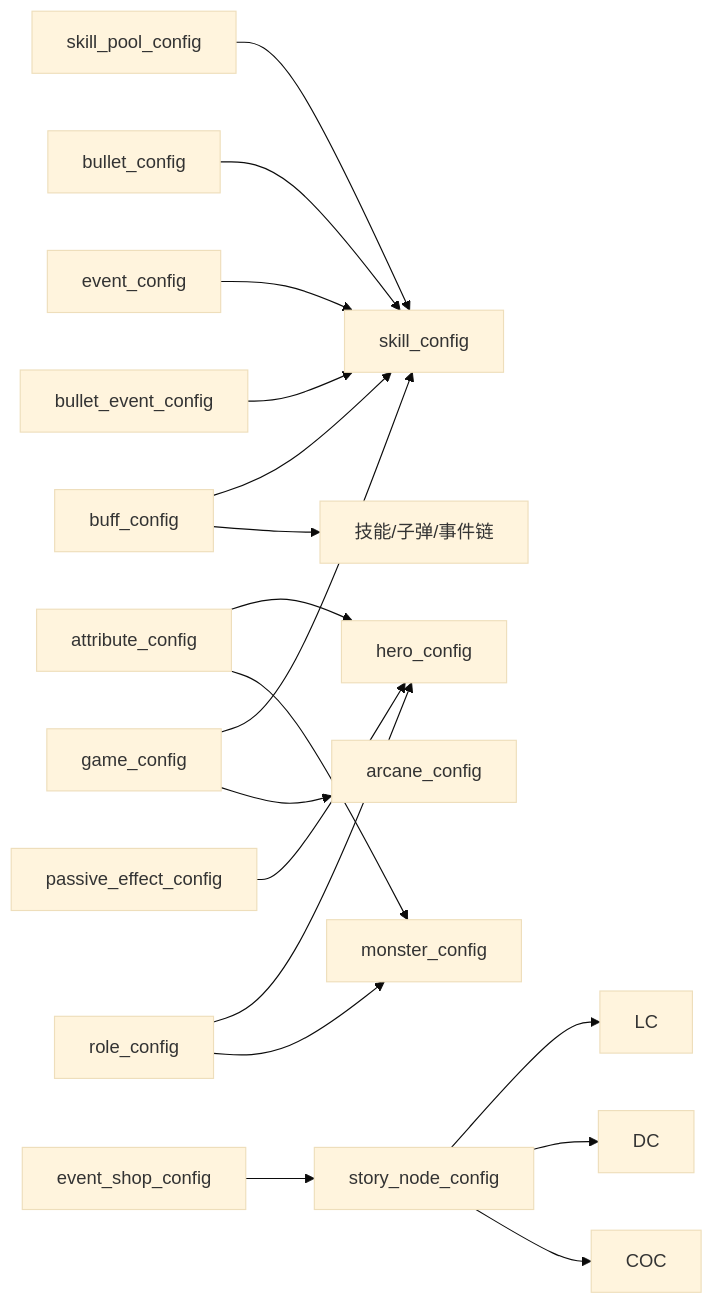
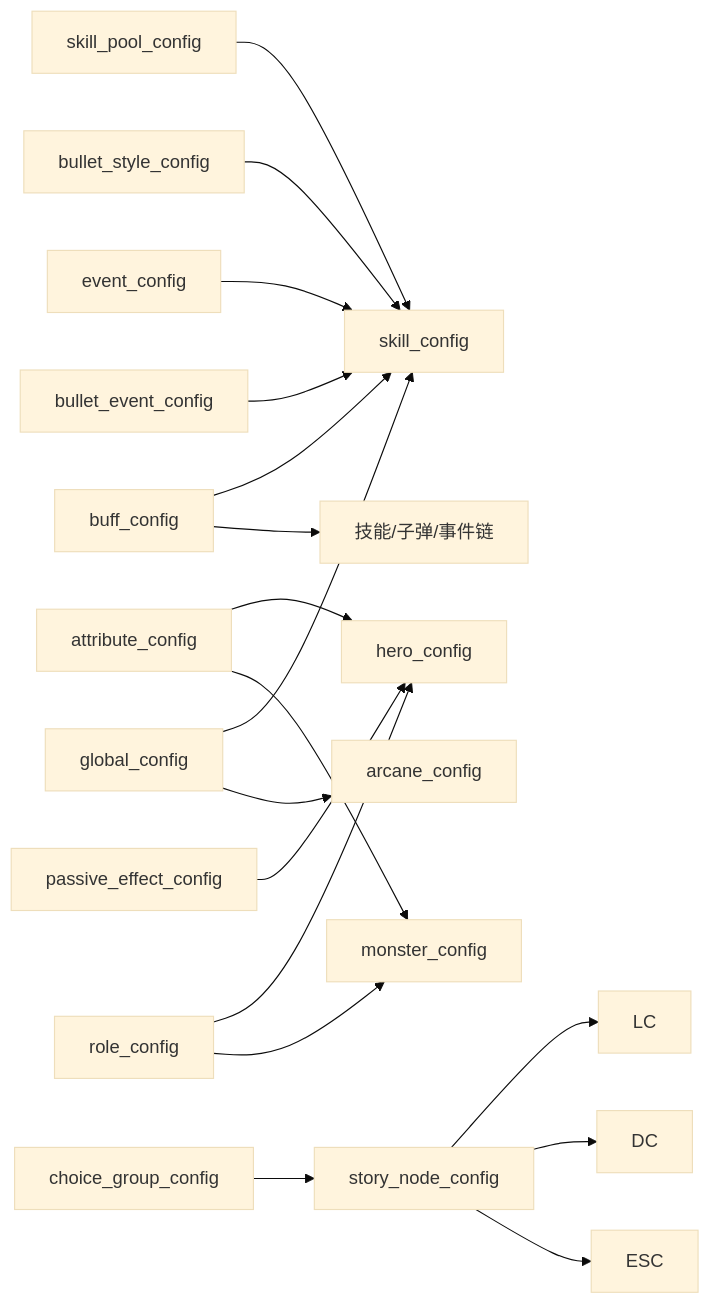
One commit to Tuusen/p1_client changed the third of 3 diagrams in .qoder/repowiki/zh/content/配置管理系统/配置文件类型/配置文件类型.md. Above: the diagram before and after it, drawn with Mermaid (base theme). The commit also changed other lines of this file and 85 other files, not shown here.

````diff
--- a/.qoder/repowiki/zh/content/配置管理系统/配置文件类型/配置文件类型.md
+++ b/.qoder/repowiki/zh/content/配置管理系统/配置文件类型/配置文件类型.md
@@ -489,20 +502,20 @@
 ```mermaid
 graph LR
 SPC["skill_pool_config"] --> SK["skill_config"]
-BC["bullet_config"] --> SK
+BSC["bullet_style_config"] --> SK
 AC["attribute_config"] --> HC["hero_config"]
 AC --> MC["monster_config"]
 BFC["buff_config"] --> SK
 BFC --> SK2["技能/子弹/事件链"]
-GC["game_config"] --> SK
+GC["global_config"] --> SK
 GC --> ARC["arcane_config"]
 RC["role_config"] --> HC
 RC --> MC
 EC["event_config"] --> SK
 BEC["bullet_event_config"] --> SK
+CG["choice_group_config"] --> SNC["story_node_config"]
 PEC["passive_effect_config"] --> HC
-SNC["story_node_config"] --> LC
+SNC --> LC
 SNC --> DC
-SNC --> COC
-ESC["event_shop_config"] --> SNC
+SNC --> ESC
 ```
````
